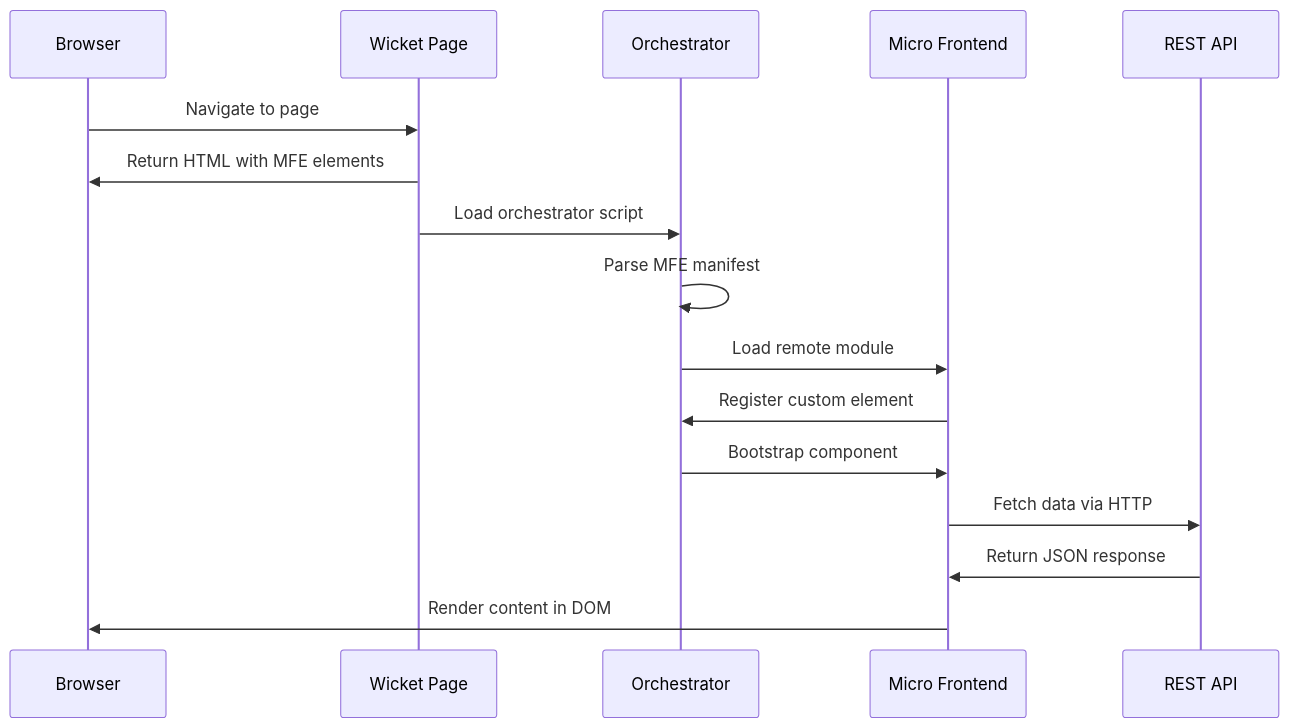
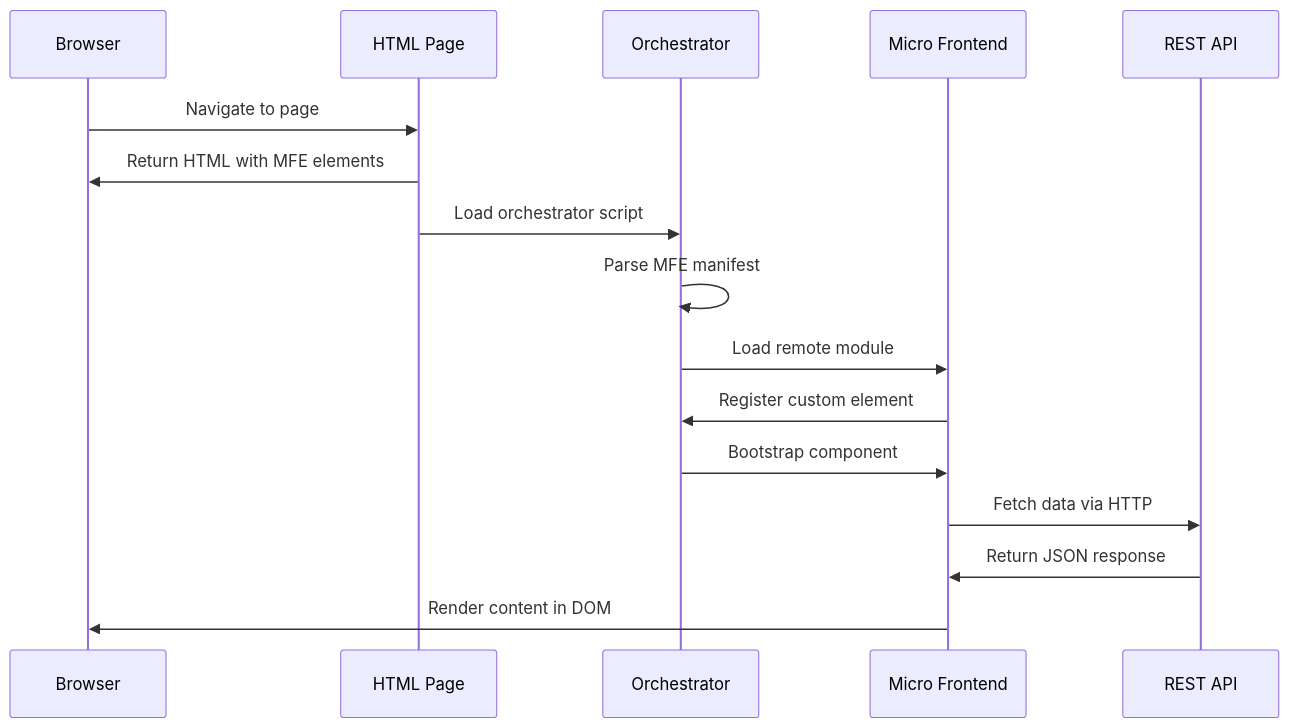
Before and after one commit to Aukevanoost/native-federation-examples: the diagram in README.md, drawn with Mermaid. The commit also changed other lines of this file and 420 other files, not shown here.

````diff
--- a/README.md
+++ b/README.md
@@ -56,19 +15,19 @@
 ```mermaid
 sequenceDiagram
     participant B as Browser
-    participant W as Wicket Page
+    participant W as HTML Page
     participant O as Orchestrator
     participant M as Micro Frontend
     participant A as REST API
-    
+
     B->>W: Navigate to page
     W->>B: Return HTML with MFE elements
     W->>O: Load orchestrator script
     O->>O: Parse MFE manifest
     O->>M: Load remote module
     M->>O: Register custom element
     O->>M: Bootstrap component
     M->>A: Fetch data via HTTP
     A->>M: Return JSON response
     M->>B: Render content in DOM
 ```
````
